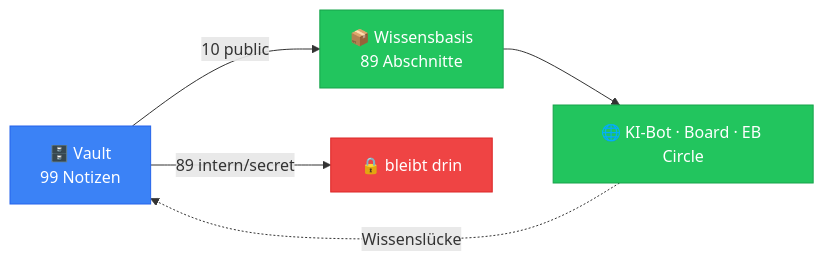
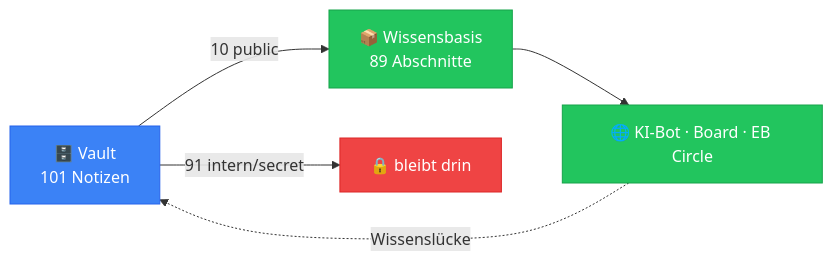
One commit to Sabindro53/eventboerse changed the diagram in vault/00-Kern/Impuls-Strom.md. Above: the diagram before and after it, drawn with Mermaid. The commit also changed other lines of this file and 18 other files, not shown here.

````diff
--- a/vault/00-Kern/Impuls-Strom.md
+++ b/vault/00-Kern/Impuls-Strom.md
@@ -37,13 +37,13 @@
 ```mermaid
 graph LR
-  V["🗄️ Vault<br/>99 Notizen"] -->|"10 public"| K["📦 Wissensbasis<br/>89 Abschnitte"]
-  V -->|"89 intern/secret"| X["🔒 bleibt drin"]
+  V["🗄️ Vault<br/>101 Notizen"] -->|"10 public"| K["📦 Wissensbasis<br/>89 Abschnitte"]
+  V -->|"91 intern/secret"| X["🔒 bleibt drin"]
   K --> W["🌐 KI-Bot · Board · EB Circle"]
   W -.->|"Wissenslücke"| V
   classDef ok fill:#22c55e,stroke:#16a34a,color:#fff
   classDef block fill:#ef4444,stroke:#dc2626,color:#fff
   classDef sys fill:#3b82f6,stroke:#2563eb,color:#fff
   class K,W ok
   class X block
   class V sys
 ```
````
